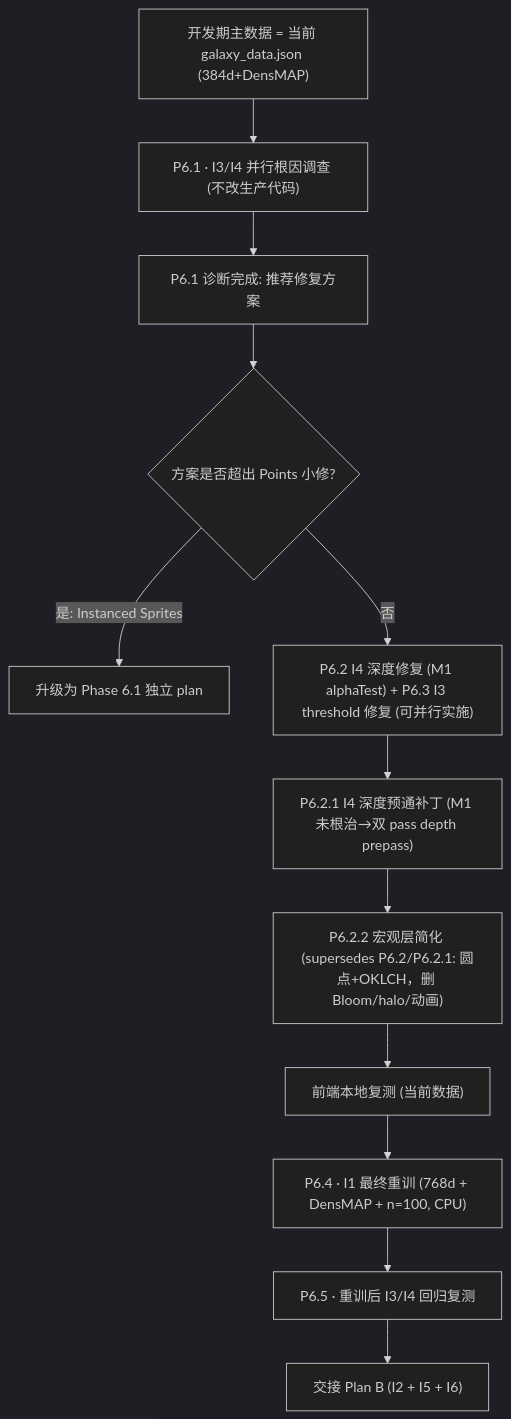
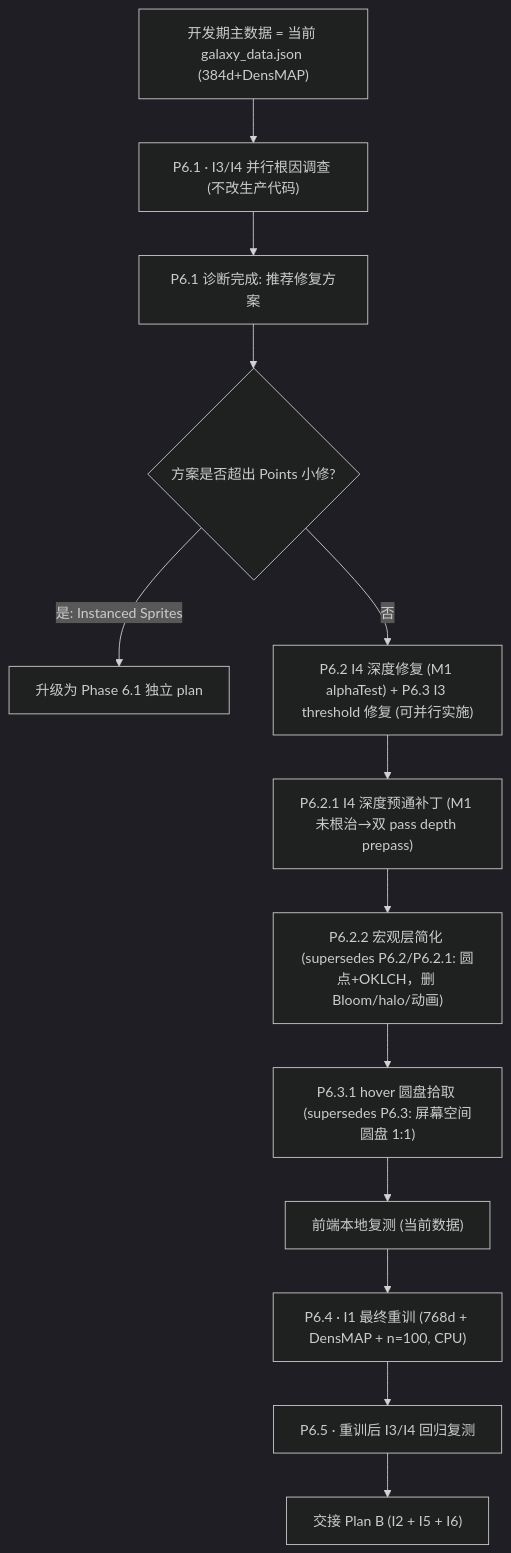
Before and after one commit to XYBuilds/chronicle_v3_3d_galaxy: the diagram in .cursor/plans/phase_6_i1_i3_i4_adfb5e1b.plan.md, drawn with Mermaid (dark theme). The commit also changed other lines of this file, not shown here.

````diff
--- a/.cursor/plans/phase_6_i1_i3_i4_adfb5e1b.plan.md
+++ b/.cursor/plans/phase_6_i1_i3_i4_adfb5e1b.plan.md
@@ -45,16 +48,17 @@
 ```mermaid
 flowchart TD
     Start["开发期主数据 = 当前 galaxy_data.json (384d+DensMAP)"]
     Start --> D["P6.1 · I3/I4 并行根因调查 (不改生产代码)"]
     D --> R["P6.1 诊断完成: 推荐修复方案"]
     R --> Escalate{"方案是否超出 Points 小修?"}
     Escalate -->|"是: Instanced Sprites"| P61["升级为 Phase 6.1 独立 plan"]
     Escalate -->|"否"| Fix
     Fix["P6.2 I4 深度修复 (M1 alphaTest) + P6.3 I3 threshold 修复 (可并行实施)"]
     Fix --> P621["P6.2.1 I4 深度预通补丁 (M1 未根治→双 pass depth prepass)"]
     P621 --> P622["P6.2.2 宏观层简化 (supersedes P6.2/P6.2.1: 圆点+OKLCH，删 Bloom/halo/动画)"]
-    P622 --> Smoke["前端本地复测 (当前数据)"]
+    P622 --> P631["P6.3.1 hover 圆盘拾取 (supersedes P6.3: 屏幕空间圆盘 1:1)"]
+    P631 --> Smoke["前端本地复测 (当前数据)"]
     Smoke --> Retrain["P6.4 · I1 最终重训 (768d + DensMAP + n=100, CPU)"]
     Retrain --> Regress["P6.5 · 重训后 I3/I4 回归复测"]
     Regress --> HandoffB["交接 Plan B (I2 + I5 + I6)"]
 ```
````
